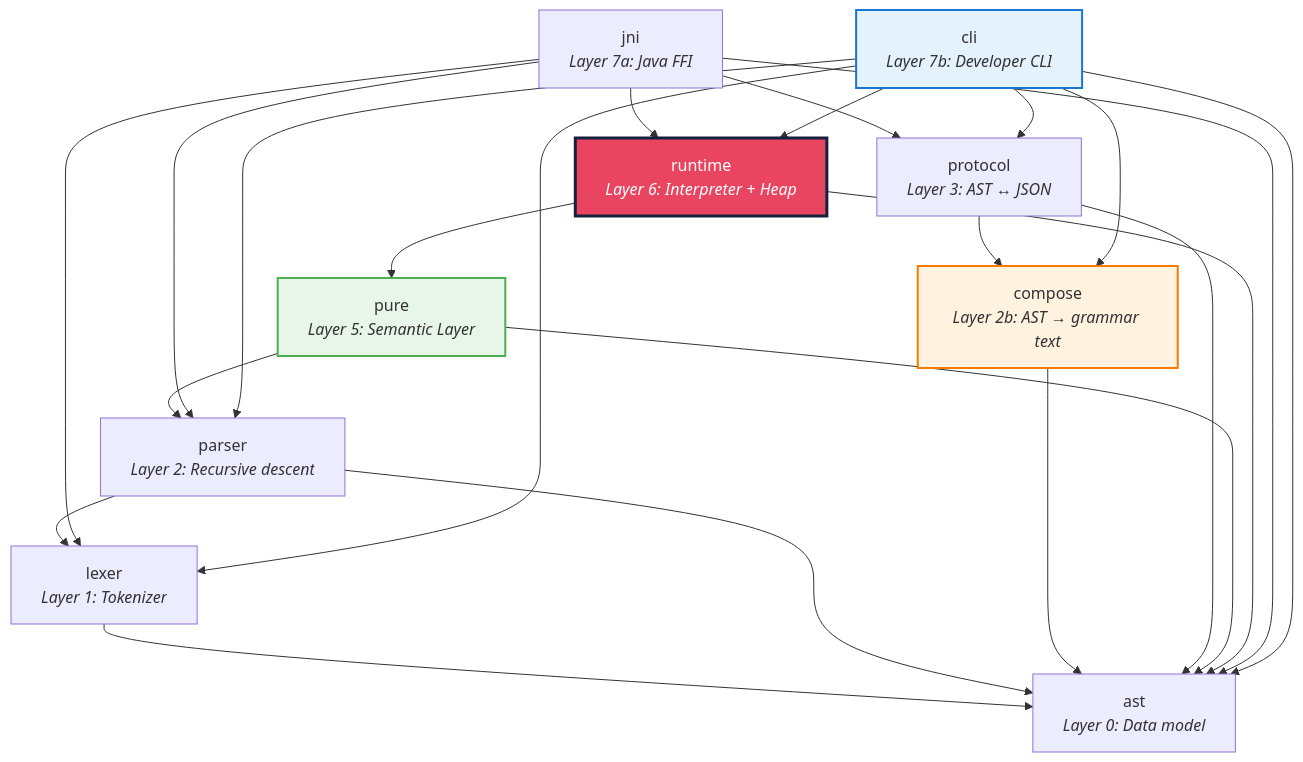
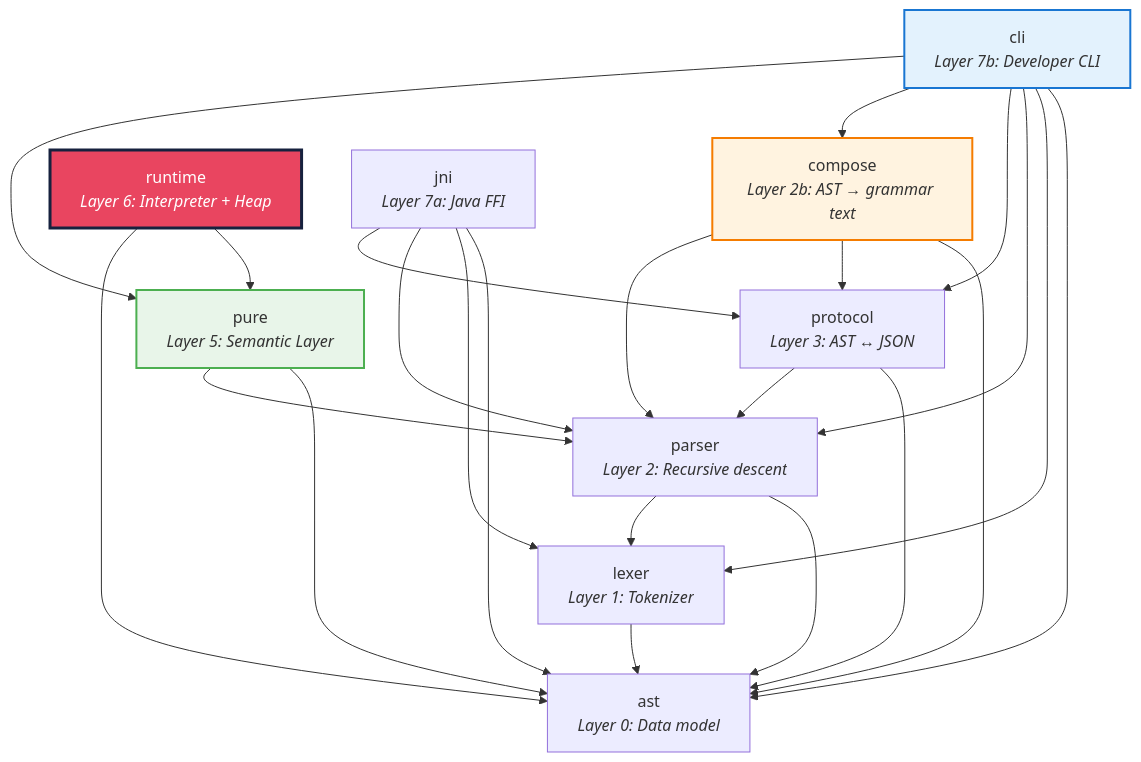
The diagram in ARCHITECTURE.md (rafaelbey/legend-pure), drawn with Mermaid before and after one commit. The commit also changed 4 other files, not shown here.

````diff
--- a/ARCHITECTURE.md
+++ b/ARCHITECTURE.md
@@ -5,39 +5,40 @@
 ```mermaid
 flowchart TD
     AST["ast<br/><i>Layer 0: Data model</i>"]
     LEX["lexer<br/><i>Layer 1: Tokenizer</i>"]
     PAR["parser<br/><i>Layer 2: Recursive descent</i>"]
     COM["compose<br/><i>Layer 2b: AST → grammar text</i>"]
     PRO["protocol<br/><i>Layer 3: AST ↔ JSON</i>"]
     PURE["pure<br/><i>Layer 5: Semantic Layer</i>"]
     RT["runtime<br/><i>Layer 6: Interpreter + Heap</i>"]
     JNI["jni<br/><i>Layer 7a: Java FFI</i>"]
     CLI["cli<br/><i>Layer 7b: Developer CLI</i>"]
 
     LEX --> AST
     PAR --> AST
     PAR --> LEX
     COM --> AST
+    COM --> PRO
+    COM --> PAR
     PRO --> AST
-    PRO --> COM
+    PRO --> PAR
     PURE --> AST
     PURE --> PAR
     RT --> PURE
     RT --> AST
     JNI --> AST
     JNI --> LEX
     JNI --> PAR
     JNI --> PRO
-    JNI --> RT
     CLI --> AST
     CLI --> LEX
     CLI --> PAR
     CLI --> PRO
     CLI --> COM
-    CLI --> RT
+    CLI --> PURE
 
     style RT fill:#e94560,stroke:#16213e,stroke-width:3px,color:#fff
     style PURE fill:#e8f5e9,stroke:#4caf50,stroke-width:2px
     style CLI fill:#e3f2fd,stroke:#1976d2,stroke-width:2px
     style COM fill:#fff3e0,stroke:#f57c00,stroke-width:2px
 ```
````
